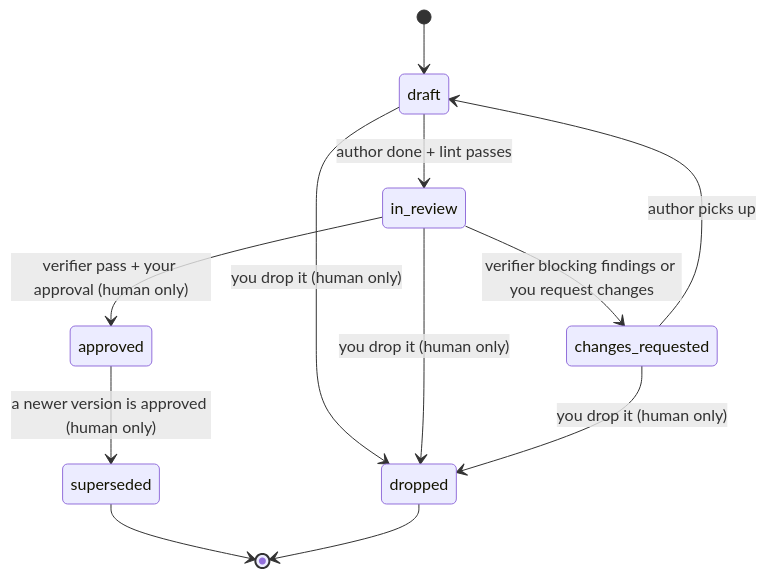
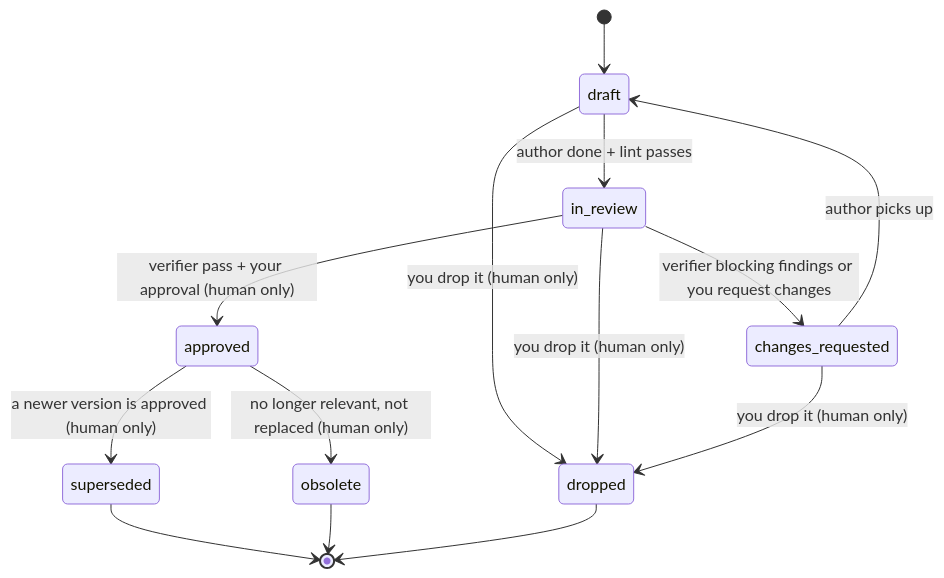
Before and after one commit to jetmirhaxhisefa/mirai: the eighth of 12 diagrams in design/02-architecture-diagram.md, drawn with Mermaid. The commit also changed other lines of this file and 22 other files, not shown here.

````diff
--- a/design/02-architecture-diagram.md
+++ b/design/02-architecture-diagram.md
@@ -350,14 +464,16 @@
 ```mermaid
 stateDiagram-v2
     [*] --> draft
     draft --> in_review : author done + lint passes
     in_review --> changes_requested : verifier blocking findings or you request changes
     changes_requested --> draft : author picks up
     in_review --> approved : verifier pass + your approval (human only)
     approved --> superseded : a newer version is approved (human only)
+    approved --> obsolete : no longer relevant, not replaced (human only)
     draft --> dropped : you drop it (human only)
     in_review --> dropped : you drop it (human only)
     changes_requested --> dropped : you drop it (human only)
     superseded --> [*]
+    obsolete --> [*]
     dropped --> [*]
 ```
````
